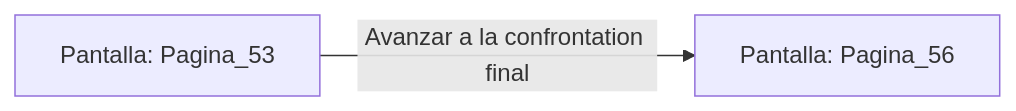
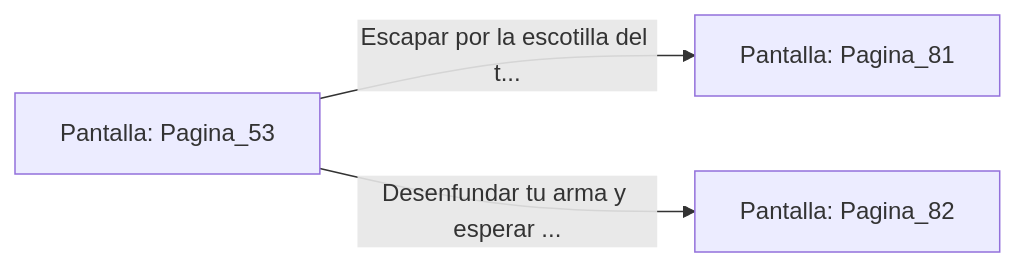
The diagram in sample/eligejuego-vault/Pantalla_Pagina_53.md (metsuke/mpl), drawn with Mermaid before and after one commit. The commit also changed other lines of this file and 635 other files, not shown here.

First line of the commit message:
fix: añadir Pagina_1 como pantalla inicial en capitulo_01.mpl

````diff
--- a/sample/eligejuego-vault/Pantalla_Pagina_53.md
+++ b/sample/eligejuego-vault/Pantalla_Pagina_53.md
@@ -14,5 +24,6 @@
 ```mermaid
 graph LR
     P_Pagina_53["Pantalla: Pagina_53"]
-    P_Pagina_53 -->|"Avanzar a la confrontation final"| P_Pagina_56["Pantalla: Pagina_56"]
+    P_Pagina_53 -->|"Escapar por la escotilla del t..."| P_Pagina_81["Pantalla: Pagina_81"]
+    P_Pagina_53 -->|"Desenfundar tu arma y esperar ..."| P_Pagina_82["Pantalla: Pagina_82"]
 ```
````
